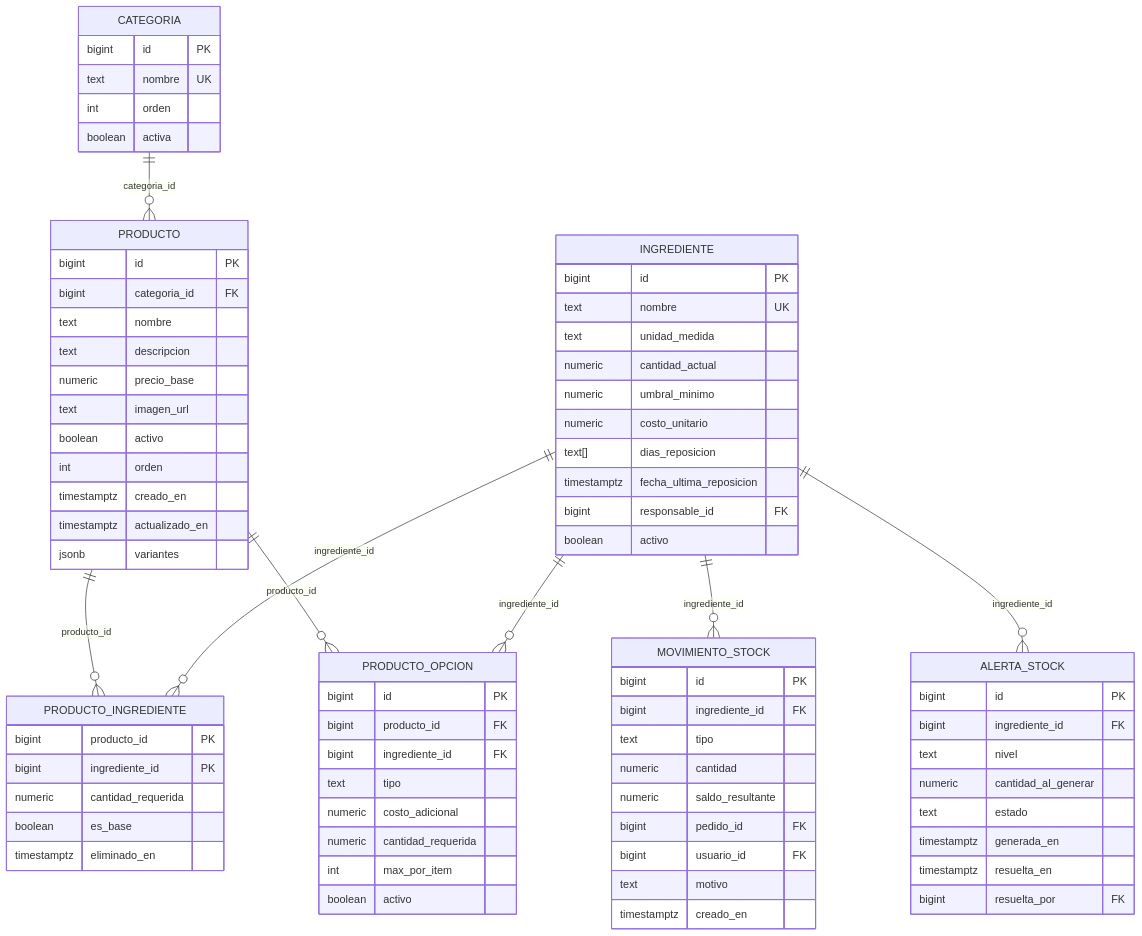
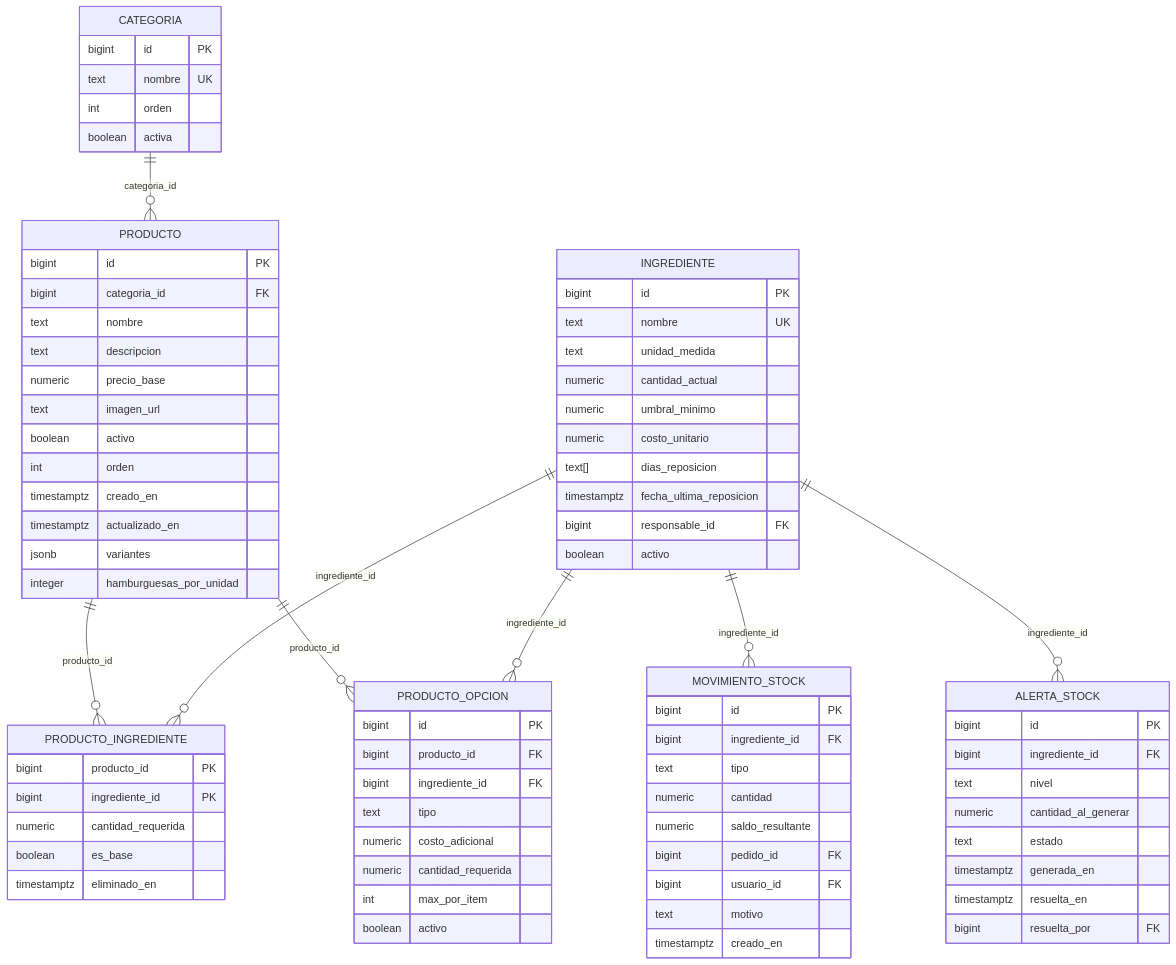
One commit to Ignapag/Desarrollo-2026 changed the third of 14 diagrams in docs/DER.md. Above: the diagram before and after it, drawn with Mermaid. The commit also changed 30 other files, not shown here.

````diff
--- a/docs/DER.md
+++ b/docs/DER.md
@@ -210,79 +210,80 @@
 ```mermaid
 erDiagram
     CATEGORIA ||--o{ PRODUCTO : categoria_id
     PRODUCTO ||--o{ PRODUCTO_INGREDIENTE : producto_id
     INGREDIENTE ||--o{ PRODUCTO_INGREDIENTE : ingrediente_id
     PRODUCTO ||--o{ PRODUCTO_OPCION : producto_id
     INGREDIENTE ||--o{ PRODUCTO_OPCION : ingrediente_id
     INGREDIENTE ||--o{ MOVIMIENTO_STOCK : ingrediente_id
     INGREDIENTE ||--o{ ALERTA_STOCK : ingrediente_id
     CATEGORIA {
         bigint id PK
         text nombre UK
         int orden
         boolean activa
     }
     INGREDIENTE {
         bigint id PK
         text nombre UK
         text unidad_medida
         numeric cantidad_actual
         numeric umbral_minimo
         numeric costo_unitario
         text[] dias_reposicion
         timestamptz fecha_ultima_reposicion
         bigint responsable_id FK
         boolean activo
     }
     PRODUCTO {
         bigint id PK
         bigint categoria_id FK
         text nombre
         text descripcion
         numeric precio_base
         text imagen_url
         boolean activo
         int orden
         timestamptz creado_en
         timestamptz actualizado_en
         jsonb variantes
+        integer hamburguesas_por_unidad
     }
     PRODUCTO_INGREDIENTE {
         bigint producto_id PK
         bigint ingrediente_id PK
         numeric cantidad_requerida
         boolean es_base
         timestamptz eliminado_en
     }
     PRODUCTO_OPCION {
         bigint id PK
         bigint producto_id FK
         bigint ingrediente_id FK
         text tipo
         numeric costo_adicional
         numeric cantidad_requerida
         int max_por_item
         boolean activo
     }
     MOVIMIENTO_STOCK {
         bigint id PK
         bigint ingrediente_id FK
         text tipo
         numeric cantidad
         numeric saldo_resultante
         bigint pedido_id FK
         bigint usuario_id FK
         text motivo
         timestamptz creado_en
     }
     ALERTA_STOCK {
         bigint id PK
         bigint ingrediente_id FK
         text nivel
         numeric cantidad_al_generar
         text estado
         timestamptz generada_en
         timestamptz resuelta_en
         bigint resuelta_por FK
     }
 ```
````
